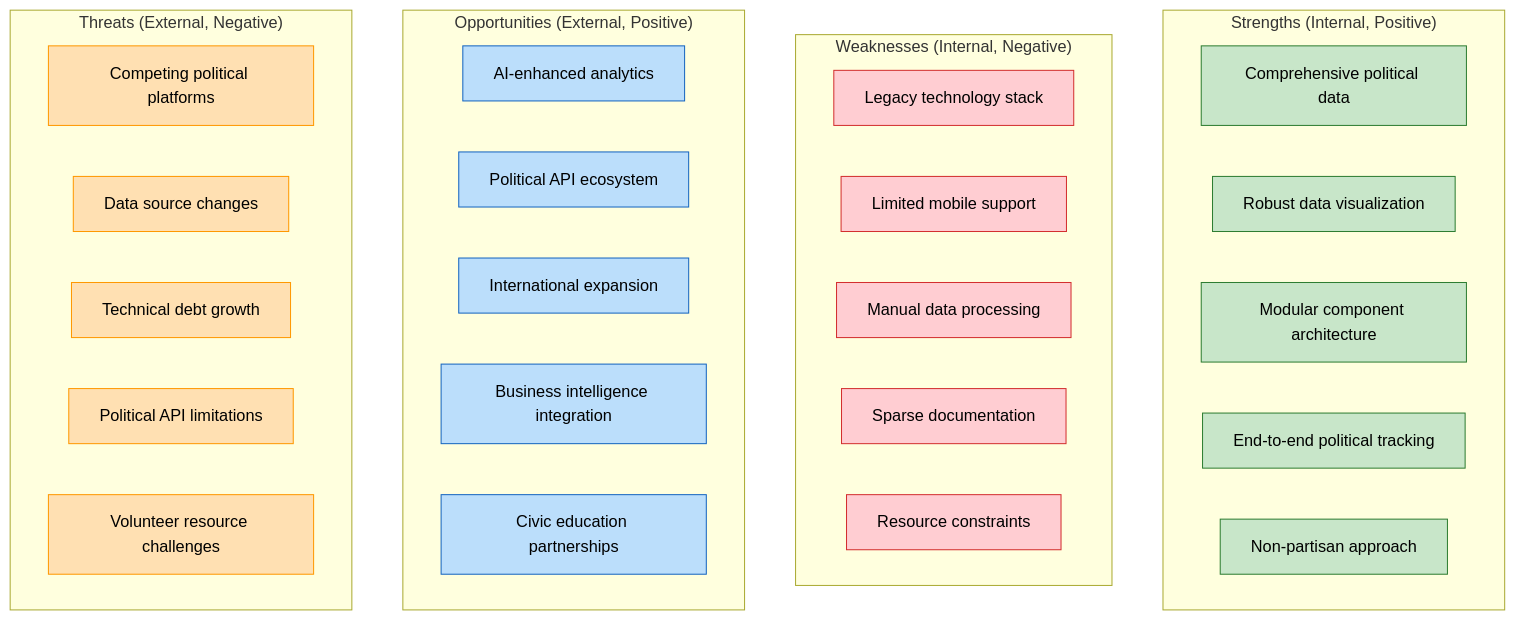
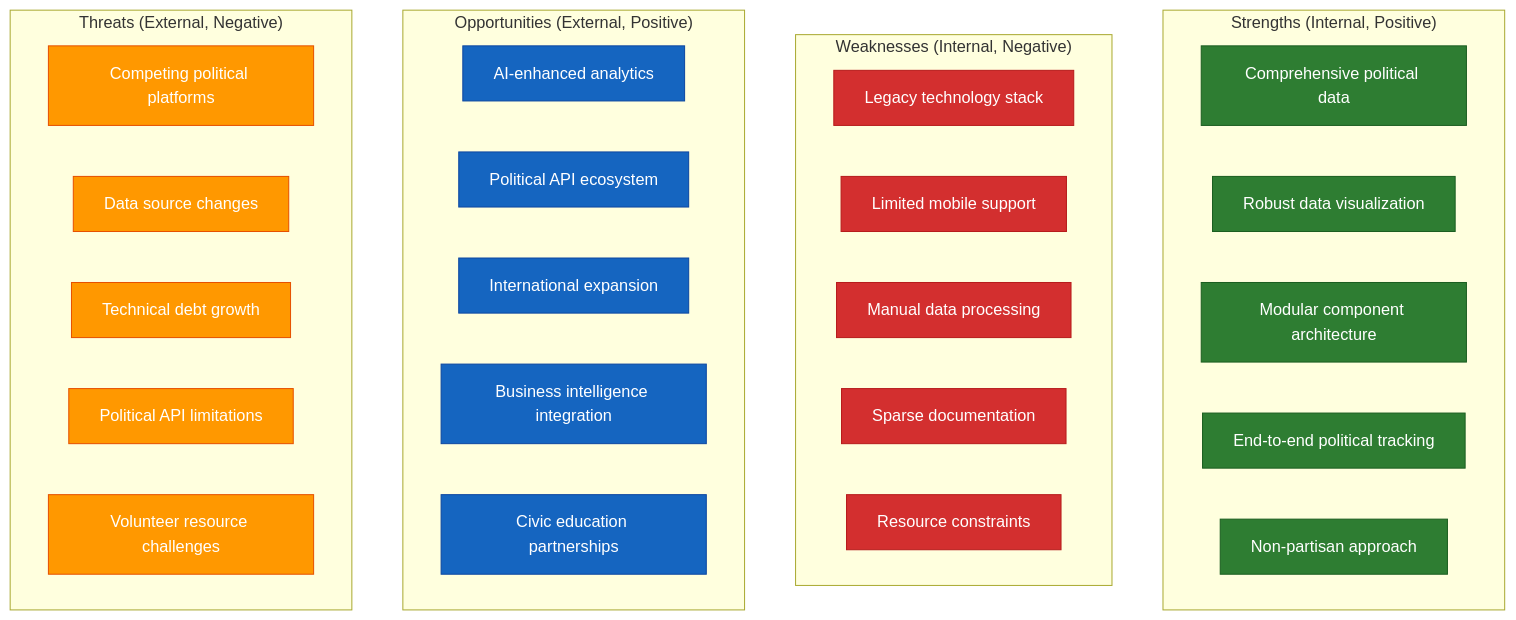
The second of 8 diagrams in SWOT.md (Hack23/cia), drawn with Mermaid before and after one commit.

Commit message:
fix: align SWOT.md network diagram classDef fills with legend colors
Agent-Logs-Url: https://github.com/Hack23/cia/sessions/e7b54aea-dcf4-48ba-ad10-584bdd6a0385

````diff
--- a/SWOT.md
+++ b/SWOT.md
@@ -128,45 +128,45 @@
 ```mermaid
 graph TD
     subgraph "Strengths (Internal, Positive)"
         S1["Comprehensive political data"]
         S2["Robust data visualization"]
         S3["Modular component architecture"]
         S4["End-to-end political tracking"]
         S5["Non-partisan approach"]
     end
 
     subgraph "Weaknesses (Internal, Negative)"
         W1["Legacy technology stack"]
         W2["Limited mobile support"]
         W3["Manual data processing"]
         W4["Sparse documentation"]
         W5["Resource constraints"]
     end
 
     subgraph "Opportunities (External, Positive)"
         O1["AI-enhanced analytics"]
         O2["Political API ecosystem"]
         O3["International expansion"]
         O4["Business intelligence integration"]
         O5["Civic education partnerships"]
     end
 
     subgraph "Threats (External, Negative)"
         T1["Competing political platforms"]
         T2["Data source changes"]
         T3["Technical debt growth"]
         T4["Political API limitations"]
         T5["Volunteer resource challenges"]
     end
 
     %% Style
-    classDef strengths fill:#c8e6c9,stroke:#2E7D32,stroke-width:1px,color:black
-    classDef weaknesses fill:#ffcdd2,stroke:#D32F2F,stroke-width:1px,color:black
-    classDef opportunities fill:#bbdefb,stroke:#1565C0,stroke-width:1px,color:black
-    classDef threats fill:#ffe0b2,stroke:#FF9800,stroke-width:1px,color:black
+    classDef strengths fill:#2E7D32,stroke:#1B5E20,stroke-width:1px,color:white
+    classDef weaknesses fill:#D32F2F,stroke:#B71C1C,stroke-width:1px,color:white
+    classDef opportunities fill:#1565C0,stroke:#0D47A1,stroke-width:1px,color:white
+    classDef threats fill:#FF9800,stroke:#E65100,stroke-width:1px,color:white
 
     class S1,S2,S3,S4,S5 strengths
     class W1,W2,W3,W4,W5 weaknesses
     class O1,O2,O3,O4,O5 opportunities
     class T1,T2,T3,T4,T5 threats
 ```
````
